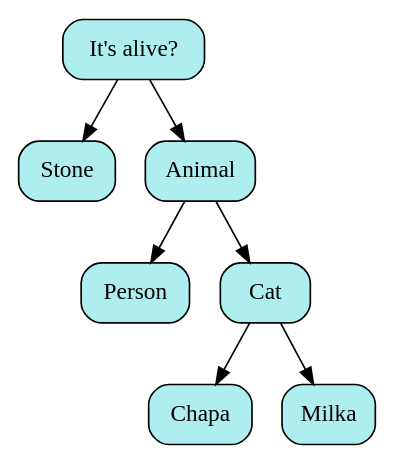
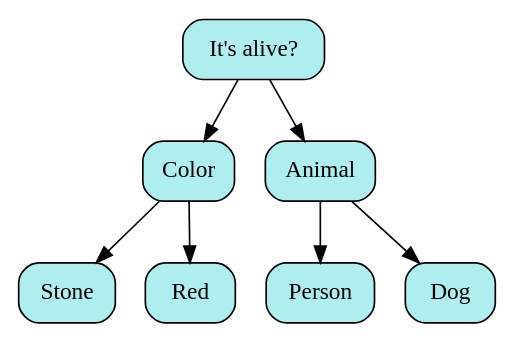
Before and after one commit to SashaKhaytina/Akinator: the diagram in pictures/image03.dot, drawn with Graphviz. The commit also changed 20 other files, not shown here.

```diff
--- a/pictures/image03.dot
+++ b/pictures/image03.dot
@@ -1,17 +1,17 @@
 digraph
 {
 rankdir = TB;
-POINT_0x5d40bfd14480[shape=Mrecord, label = "It's alive?", style="filled",fillcolor="#AFEEEE"]
-POINT_0x5d40bfd14640[shape=Mrecord, label = "Stone", style="filled",fillcolor="#AFEEEE"]
-POINT_0x5d40bfd14560[shape=Mrecord, label = "Animal", style="filled",fillcolor="#AFEEEE"]
-POINT_0x5d40bfd16210[shape=Mrecord, label = "Person", style="filled",fillcolor="#AFEEEE"]
-POINT_0x5d40bfd16130[shape=Mrecord, label = "Cat", style="filled",fillcolor="#AFEEEE"]
-POINT_0x5d40bfd163d0[shape=Mrecord, label = "Chapa", style="filled",fillcolor="#AFEEEE"]
-POINT_0x5d40bfd162f0[shape=Mrecord, label = "Milka", style="filled",fillcolor="#AFEEEE"]
-POINT_0x5d40bfd14480 -> POINT_0x5d40bfd14640
-POINT_0x5d40bfd14480 -> POINT_0x5d40bfd14560
-POINT_0x5d40bfd14560 -> POINT_0x5d40bfd16210
-POINT_0x5d40bfd14560 -> POINT_0x5d40bfd16130
-POINT_0x5d40bfd16130 -> POINT_0x5d40bfd163d0
-POINT_0x5d40bfd16130 -> POINT_0x5d40bfd162f0
+POINT_0x63f77b2fa480[shape=Mrecord, label = "It's alive?", style="filled",fillcolor="#AFEEEE"]
+POINT_0x63f77b2fa640[shape=Mrecord, label = "Color", style="filled",fillcolor="#AFEEEE"]
+POINT_0x63f77b2fc3d0[shape=Mrecord, label = "Stone", style="filled",fillcolor="#AFEEEE"]
+POINT_0x63f77b2fc2f0[shape=Mrecord, label = "Red", style="filled",fillcolor="#AFEEEE"]
+POINT_0x63f77b2fa560[shape=Mrecord, label = "Animal", style="filled",fillcolor="#AFEEEE"]
+POINT_0x63f77b2fc210[shape=Mrecord, label = "Person", style="filled",fillcolor="#AFEEEE"]
+POINT_0x63f77b2fc130[shape=Mrecord, label = "Dog", style="filled",fillcolor="#AFEEEE"]
+POINT_0x63f77b2fa480 -> POINT_0x63f77b2fa640
+POINT_0x63f77b2fa480 -> POINT_0x63f77b2fa560
+POINT_0x63f77b2fa640 -> POINT_0x63f77b2fc3d0
+POINT_0x63f77b2fa640 -> POINT_0x63f77b2fc2f0
+POINT_0x63f77b2fa560 -> POINT_0x63f77b2fc210
+POINT_0x63f77b2fa560 -> POINT_0x63f77b2fc130
 }
```
